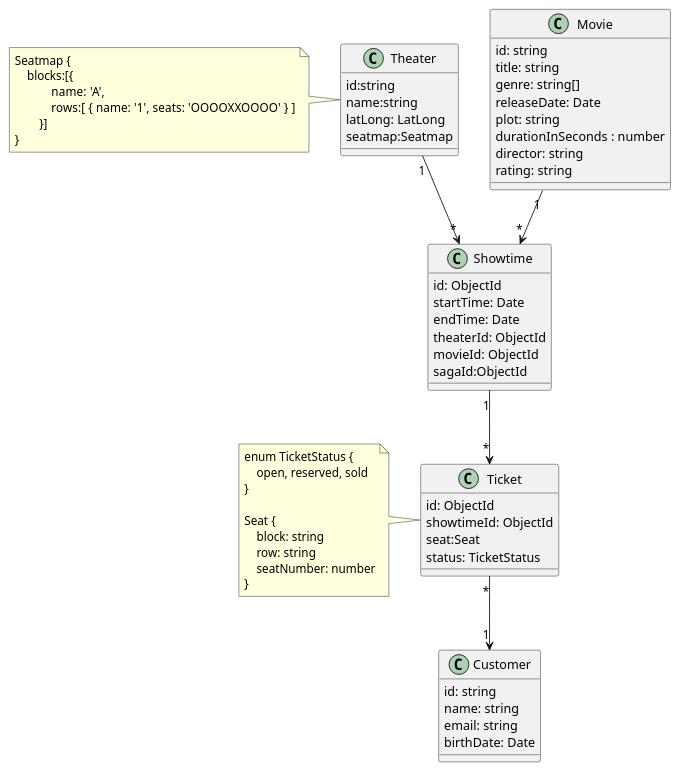
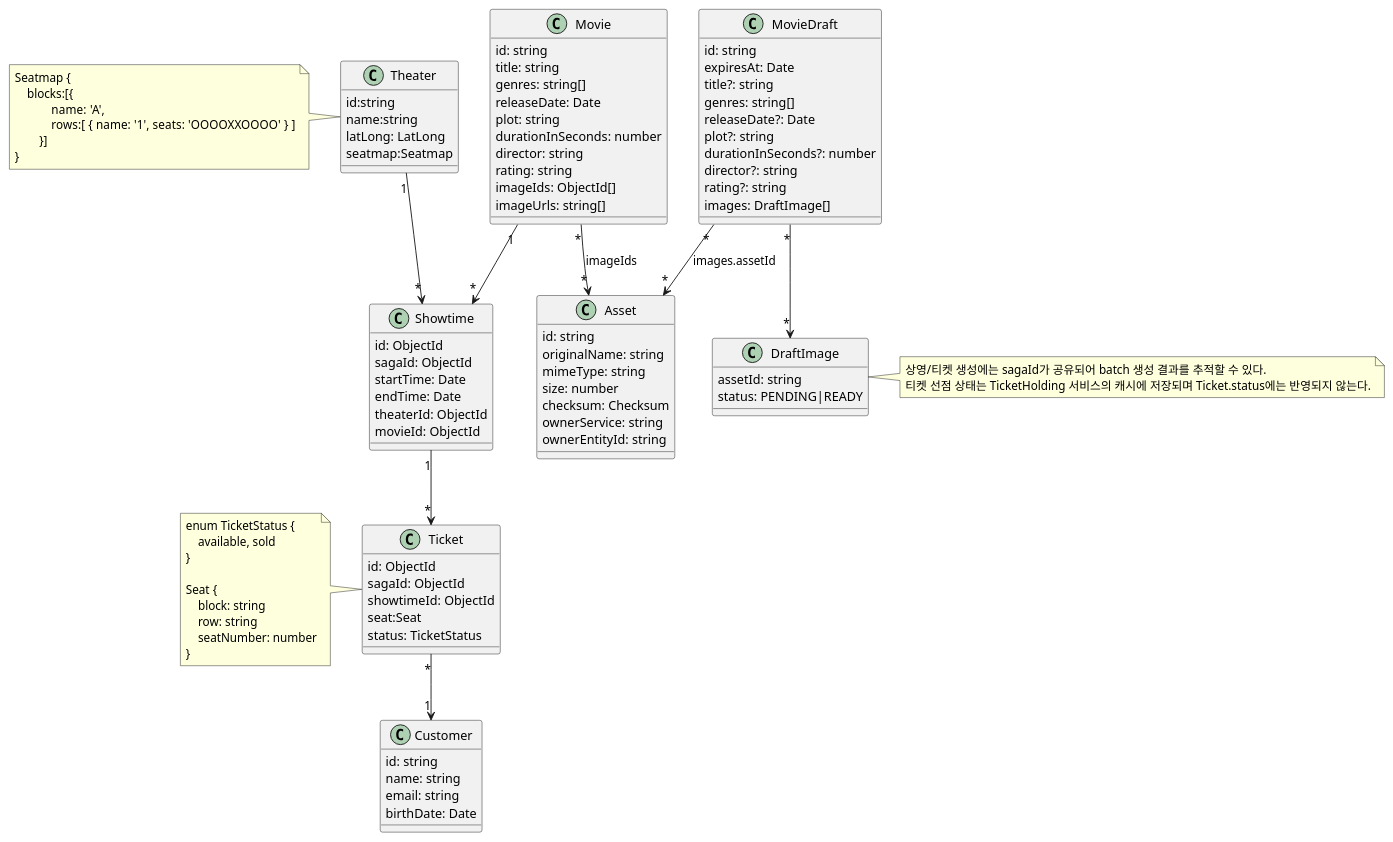
One commit to mannercode/nest-seed changed the diagram in docs/ko/designs/entities.md. Above: the diagram before and after it, drawn with PlantUML.

````diff
--- a/docs/ko/designs/entities.md
+++ b/docs/ko/designs/entities.md
@@ -9,15 +9,27 @@
     birthDate: Date
 }
 
+class Asset {
+    id: string
+    originalName: string
+    mimeType: string
+    size: number
+    checksum: Checksum
+    ownerService: string
+    ownerEntityId: string
+}
+
 class Movie {
     id: string
     title: string
-    genre: string[]
+    genres: string[]
     releaseDate: Date
     plot: string
-    durationInSeconds : number
+    durationInSeconds: number
     director: string
     rating: string
+    imageIds: ObjectId[]
+    imageUrls: string[]
 }
 
 class Theater{
@@ -37,15 +49,16 @@
 
 class Showtime {
     id: ObjectId
+    sagaId: ObjectId
     startTime: Date
     endTime: Date
     theaterId: ObjectId
     movieId: ObjectId
-    sagaId:ObjectId
 }
 
 class Ticket {
     id: ObjectId
+    sagaId: ObjectId
     showtimeId: ObjectId
     seat:Seat
     status: TicketStatus
@@ -53,7 +66,7 @@
 
 note left
 enum TicketStatus {
-    open, reserved, sold
+    available, sold
 }
 
 Seat {
@@ -63,9 +76,34 @@
 }
 end note
 
+class MovieDraft {
+    id: string
+    expiresAt: Date
+    title?: string
+    genres: string[]
+    releaseDate?: Date
+    plot?: string
+    durationInSeconds?: number
+    director?: string
+    rating?: string
+    images: DraftImage[]
+}
+
+class DraftImage {
+    assetId: string
+    status: PENDING|READY
+}
+
 Showtime "1" --> "*" Ticket
 Movie "1" --> "*" Showtime
 Theater "1" --> "*" Showtime
 Ticket "*" --> "1" Customer
+Movie "*" --> "*" Asset : imageIds
+MovieDraft "*" --> "*" Asset : images.assetId
+MovieDraft "*" --> "*" DraftImage
+note right
+상영/티켓 생성에는 sagaId가 공유되어 batch 생성 결과를 추적할 수 있다.
+티켓 선점 상태는 TicketHolding 서비스의 캐시에 저장되며 Ticket.status에는 반영되지 않는다.
+end note
 @enduml
 ```
````
